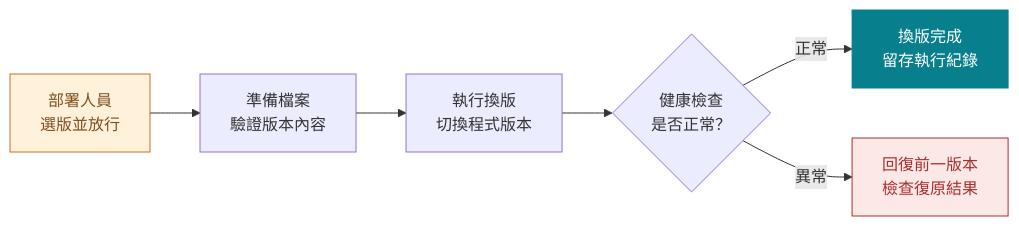
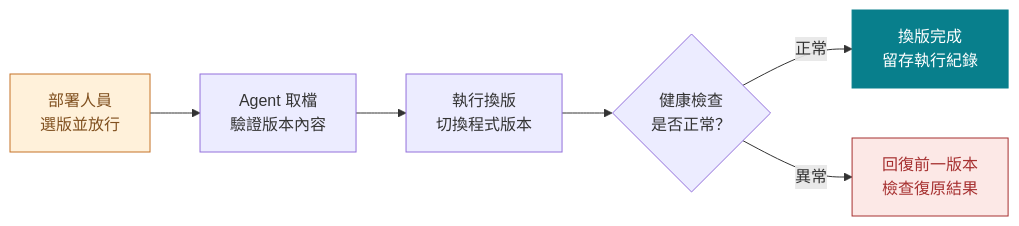
The diagram in docs/presentations/diagrams/release-lifecycle.mmd (cyljacky02/gitlab-win-cicd), drawn with Mermaid before and after one commit. The commit also changed 28 other files, not shown here.

Commit message:
docs: simplify Windows deployment proposal with event-driven ADO architecture

```diff
--- a/docs/presentations/diagrams/release-lifecycle.mmd
+++ b/docs/presentations/diagrams/release-lifecycle.mmd
@@ -1,29 +1,29 @@
 flowchart LR
 %% @name release-lifecycle
  A["部署人員<br/>選版並放行"]
- B["準備檔案<br/>驗證版本內容"]
+ B["Agent 取檔<br/>驗證版本內容"]
  C["執行換版<br/>切換程式版本"]
  D{"健康檢查<br/>是否正常？"}
  E["換版完成<br/>留存執行紀錄"]
  F["回復前一版本<br/>檢查復原結果"]
 %% @node A 0 40 180 90
 %% @node B 220 40 180 90
 %% @node C 440 40 180 90
 %% @node D 690 35 190 100
 %% @node E 715 200 165 70
 %% @node F 440 200 220 70
 %% @ports D F bottom top
 %% @route D F 785 170 550 170
 %% @label D E 797 153 75
 %% @label D F 588 138 90
 A --> B
 B --> C
 C --> D
 D -->|"正常"| E
 D -->|"異常"| F
 class A control
 class E target
 class F blocked
 classDef control fill:#FFF1DA,color:#80501F,stroke:#C57227
 classDef target fill:#087F8C,color:#ffffff,stroke:#087F8C
 classDef blocked fill:#FCE8E6,color:#A63030,stroke:#A63030
```
